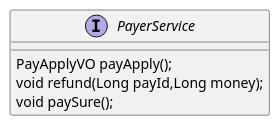
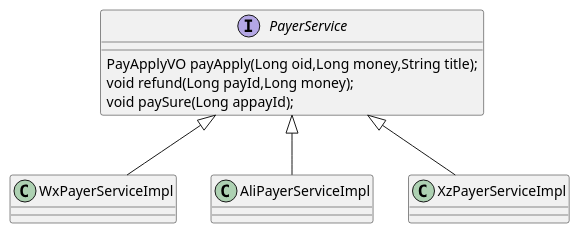
One commit to pogy/main-pom changed the diagram in main4-order/main4-order-api/src/main/resources/pay.puml. Above: the diagram before and after it, drawn with PlantUML. The commit also changed 4 other files, not shown here.

```diff
--- a/main4-order/main4-order-api/src/main/resources/pay.puml
+++ b/main4-order/main4-order-api/src/main/resources/pay.puml
@@ -1,9 +1,25 @@
 @startuml
 
 interface PayerService{
-PayApplyVO payApply();
+PayApplyVO payApply(Long oid,Long money,String title);
 void refund(Long payId,Long money);
-void paySure();
+void paySure(Long appayId);
 }
 
+class WxPayerServiceImpl{
+
+}
+
+class AliPayerServiceImpl{
+
+}
+
+class XzPayerServiceImpl{
+
+}
+
+PayerService <|-- WxPayerServiceImpl
+PayerService <|-- AliPayerServiceImpl
+PayerService <|-- XzPayerServiceImpl
+
 @enduml
```
